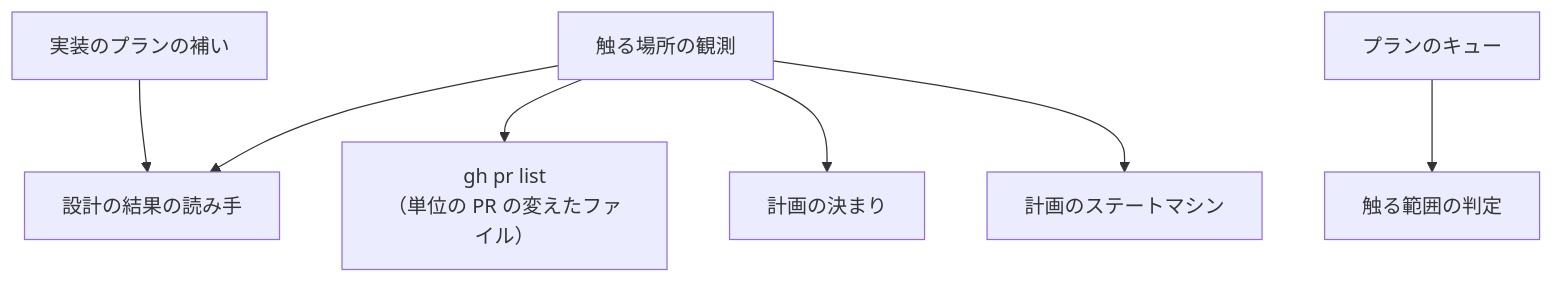
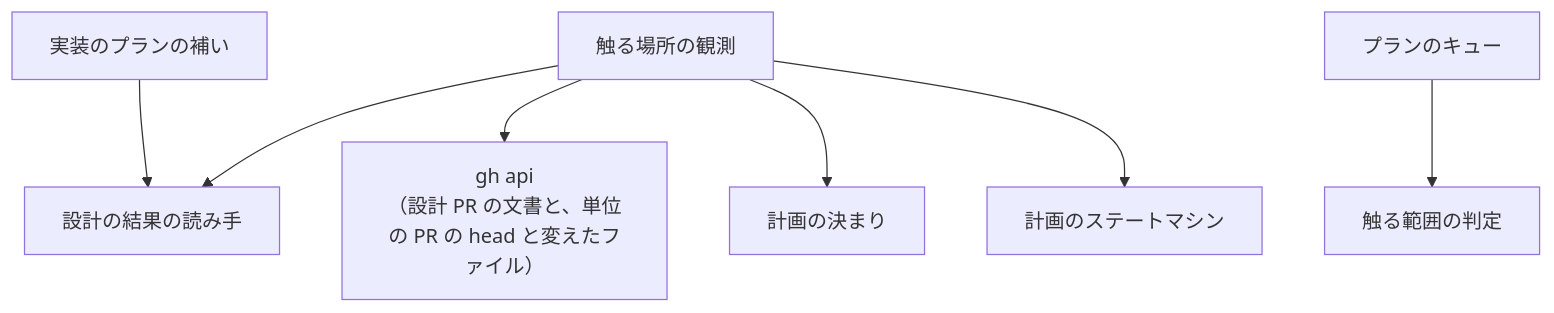
The third of 5 diagrams in issues/issue-4295-2037-design.md (devbasex/ai-plugins), drawn with Mermaid before and after one commit. The commit also changed other lines of this file and 2 other files, not shown here.

````diff
--- a/issues/issue-4295-2037-design.md
+++ b/issues/issue-4295-2037-design.md
@@ -122,9 +126,9 @@
 ```mermaid
 graph TD
     RUN["触る場所の観測"] --> DR["設計の結果の読み手"]
-    RUN --> GH["gh pr list<br>（単位の PR の変えたファイル）"]
+    RUN --> GH["gh api<br>（設計 PR の文書と、単位の PR の head と変えたファイル）"]
     RUN --> RULES["計画の決まり"]
     RUN --> STORE["計画のステートマシン"]
     ROUTE["実装のプランの補い"] --> DR
     QUEUE["プランのキュー"] --> QD["触る範囲の判定"]
 ```
````
